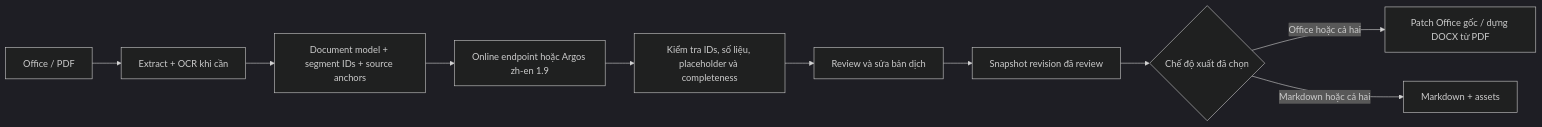
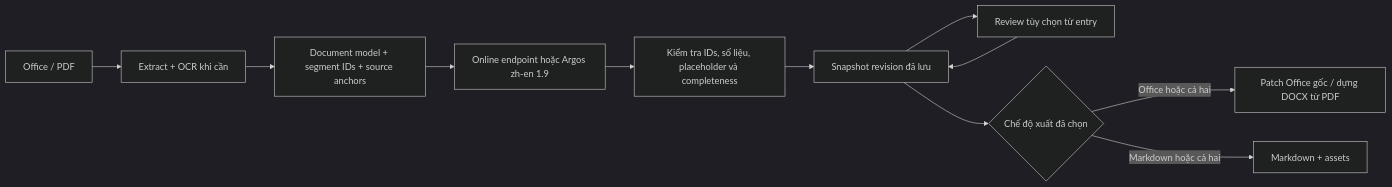
Before and after one commit to ThuongHong/DocBridge: the diagram in docs/DESIGN.md, drawn with Mermaid (dark theme). The commit also changed other lines of this file and 37 other files, not shown here.

````diff
--- a/docs/DESIGN.md
+++ b/docs/DESIGN.md
@@ -70,12 +73,13 @@
 ```mermaid
 flowchart LR
     I[Office / PDF] --> E[Extract + OCR khi cần]
     E --> D[Document model + segment IDs + source anchors]
     D --> T[Online endpoint hoặc Argos zh-en 1.9]
     T --> V[Kiểm tra IDs, số liệu, placeholder và completeness]
-    V --> R[Review và sửa bản dịch]
-    R --> S[Snapshot revision đã review]
+    V --> S[Snapshot revision đã lưu]
+    S --> R[Review tùy chọn từ entry]
+    R --> S
     S --> X{Chế độ xuất đã chọn}
     X -->|Office hoặc cả hai| O[Patch Office gốc / dựng DOCX từ PDF]
     X -->|Markdown hoặc cả hai| M[Markdown + assets]
 ```
````
